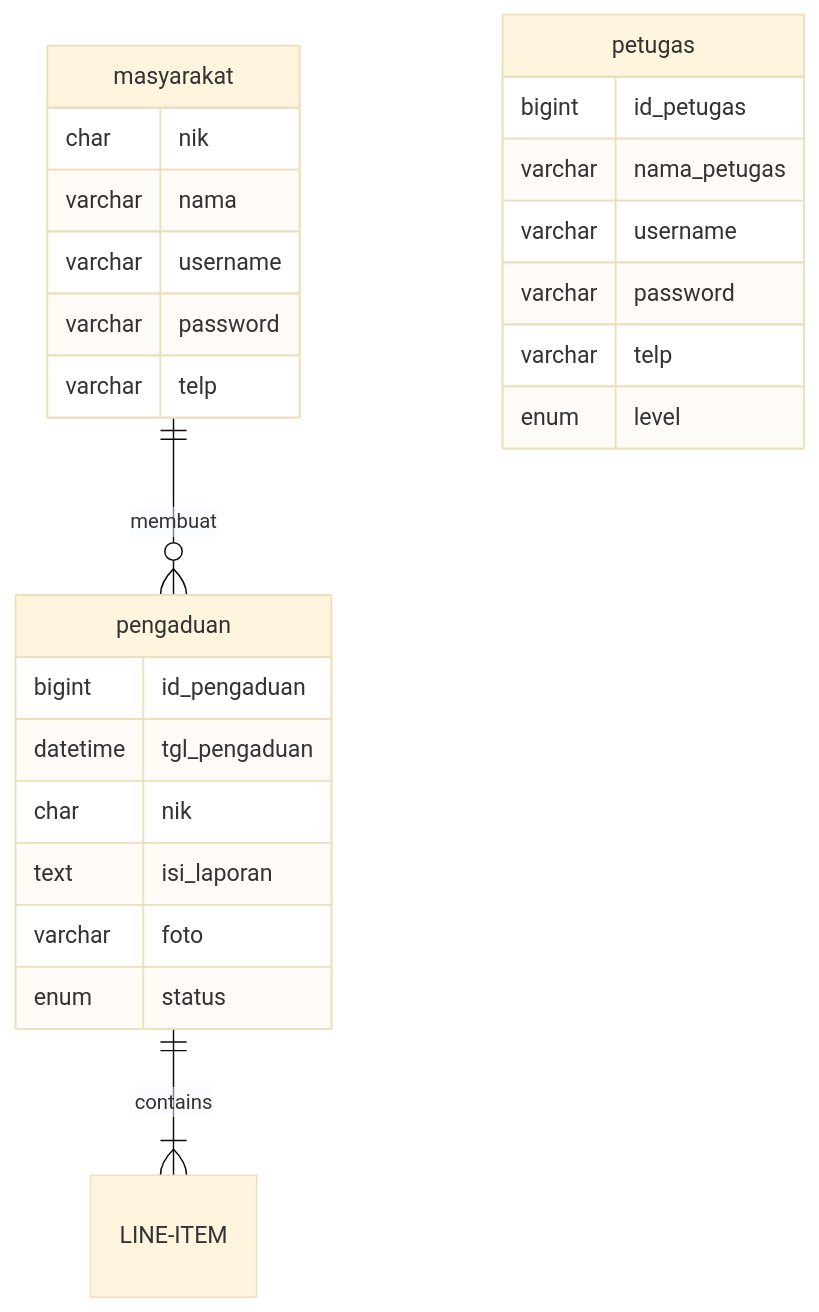
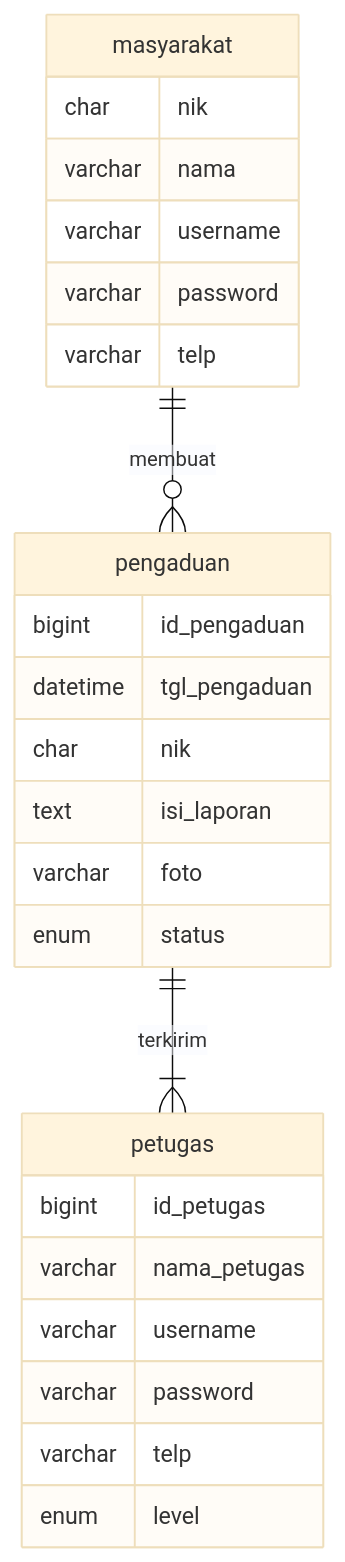
The diagram in job_interview.md (fauzanzianulhaq/pengenalan-informatika), drawn with Mermaid (base theme) before and after one commit.

````diff
--- a/job_interview.md
+++ b/job_interview.md
@@ -15,28 +15,28 @@
 ```mermaid
 erDiagram
     masyarakat ||--o{ pengaduan : membuat
     masyarakat {
         char nik
         varchar nama
         varchar username
         varchar password
         varchar telp
     }
-    pengaduan ||--|{ LINE-ITEM : contains
+    pengaduan ||--|{ petugas : terkirim
     pengaduan {
         bigint id_pengaduan
         datetime tgl_pengaduan
         char nik
         text isi_laporan
         varchar foto
         enum status
     }
     petugas {
         bigint id_petugas
         varchar nama_petugas
         varchar username
         varchar password
         varchar telp
         enum level
     }
 ```
````
